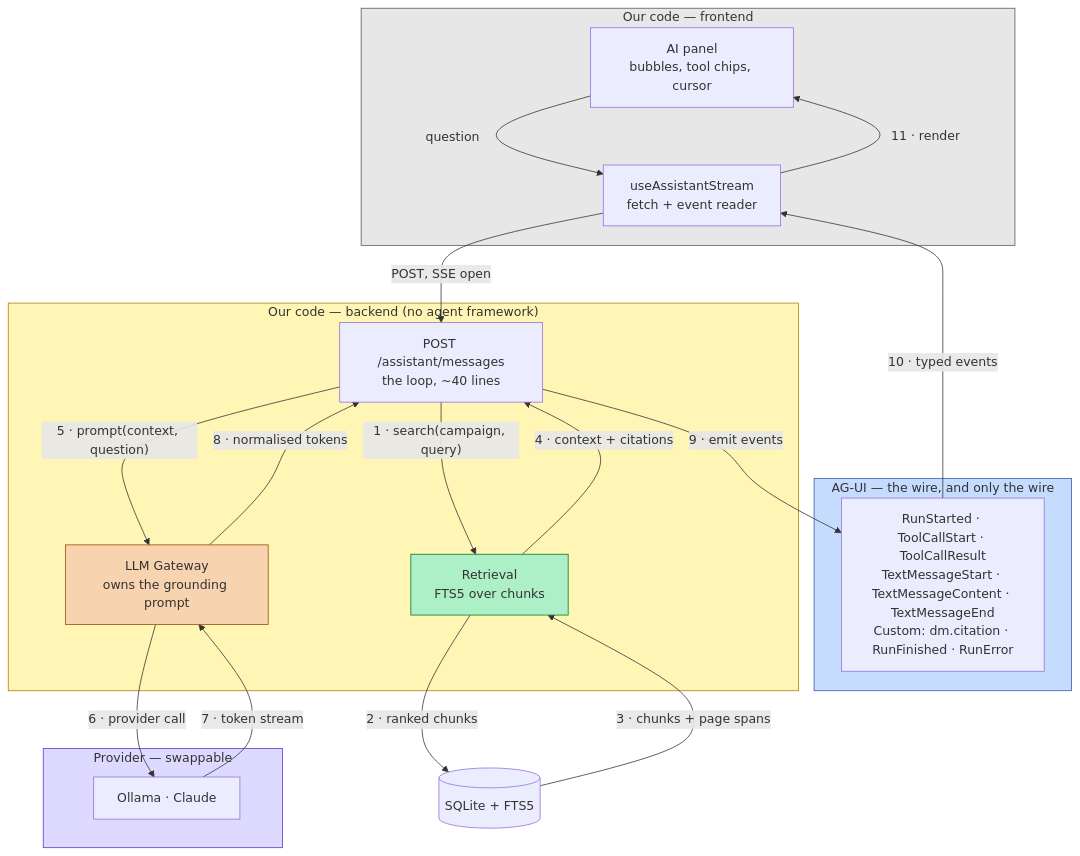
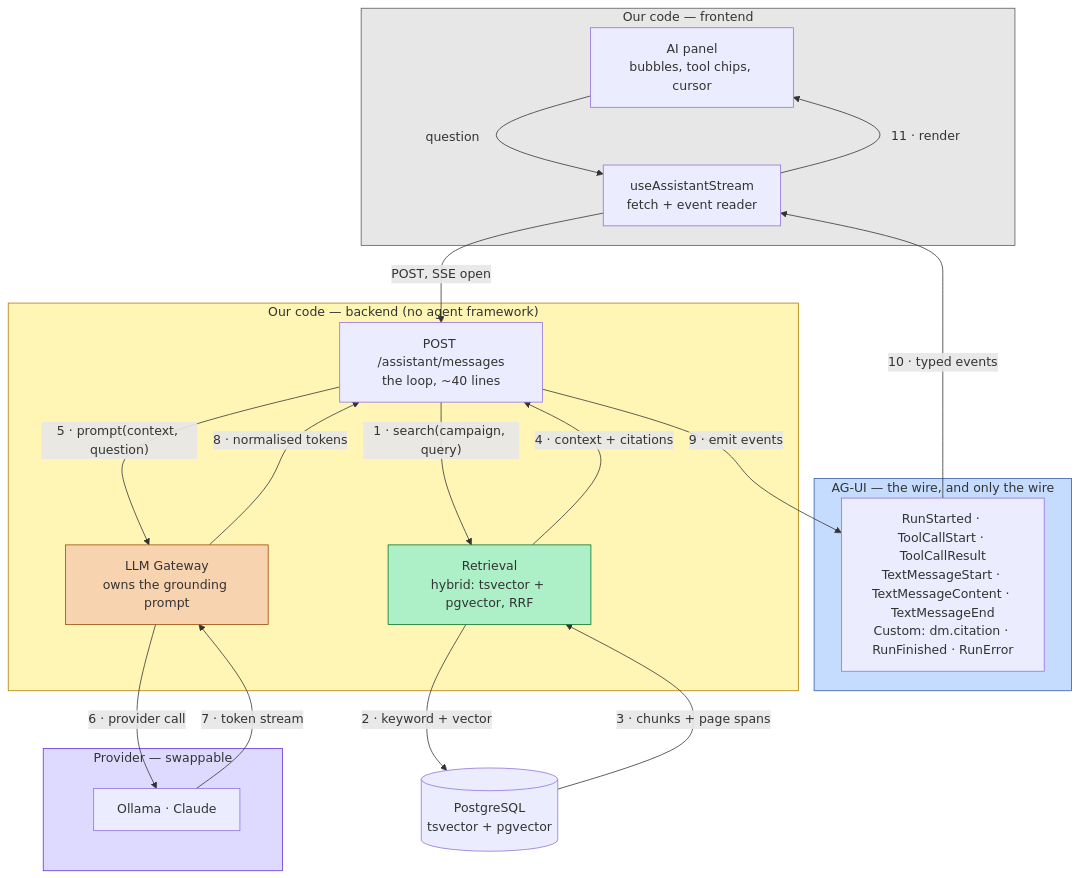
One commit to PiotrMieszczak/dm_assistant changed the fourth of 4 diagrams in docs/architecture.md. Above: the diagram before and after it, drawn with Mermaid. The commit also changed other lines of this file and 14 other files, not shown here.

First line of the commit message:
feat(storage): move to PostgreSQL and hybrid retrieval

````diff
--- a/docs/architecture.md
+++ b/docs/architecture.md
@@ -177,44 +186,44 @@
 ```mermaid
 flowchart TB
     subgraph OURS_FE["Our code — frontend"]
         UI["AI panel<br/>bubbles, tool chips, cursor"]
         HOOK["useAssistantStream<br/>fetch + event reader"]
     end
 
     subgraph PROTO["AG-UI — the wire, and only the wire"]
         EV["RunStarted · ToolCallStart · ToolCallResult<br/>TextMessageStart · TextMessageContent · TextMessageEnd<br/>Custom: dm.citation · RunFinished · RunError"]
     end
 
     subgraph OURS_BE["Our code — backend (no agent framework)"]
         EP["POST /assistant/messages<br/>the loop, ~40 lines"]
-        RET["Retrieval<br/>FTS5 over chunks"]
+        RET["Retrieval<br/>hybrid: tsvector + pgvector, RRF"]
         GW["LLM Gateway<br/>owns the grounding prompt"]
     end
 
     subgraph EXT["Provider — swappable"]
         PROV["Ollama · Claude"]
     end
 
-    DB[("SQLite + FTS5")]
+    DB[("PostgreSQL<br/>tsvector + pgvector")]
 
     UI -->|"question"| HOOK
     HOOK -->|"POST, SSE open"| EP
     EP -->|"1 · search(campaign, query)"| RET
-    RET -->|"2 · ranked chunks"| DB
+    RET -->|"2 · keyword + vector"| DB
     DB -->|"3 · chunks + page spans"| RET
     RET -->|"4 · context + citations"| EP
     EP -->|"5 · prompt(context, question)"| GW
     GW -->|"6 · provider call"| PROV
     PROV -->|"7 · token stream"| GW
     GW -->|"8 · normalised tokens"| EP
     EP -->|"9 · emit events"| EV
     EV -->|"10 · typed events"| HOOK
     HOOK -->|"11 · render"| UI
 
     style PROTO fill:#c6dcff,stroke:#305bab
     style OURS_BE fill:#fff6b6,stroke:#af7e02
     style OURS_FE fill:#e7e7e7,stroke:#595959
     style EXT fill:#dedaff,stroke:#6631d7
     style GW fill:#f8d3af,stroke:#9b4a07
     style RET fill:#adf0c7,stroke:#087429
 ```
````
